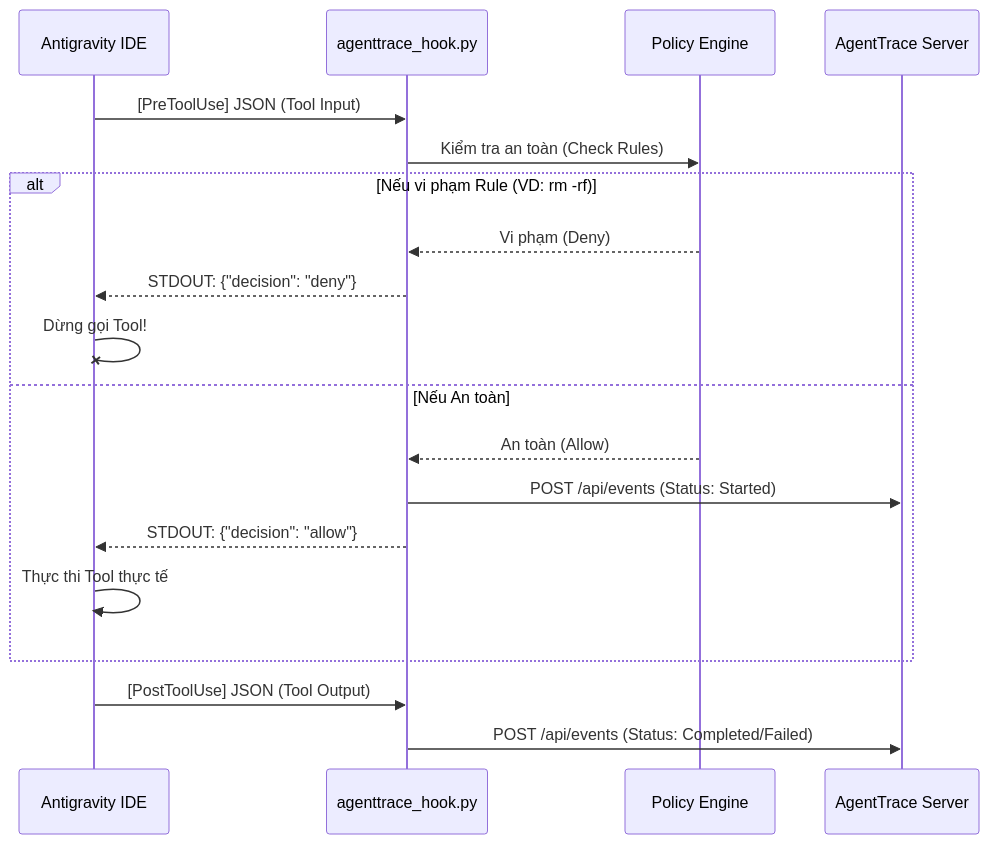
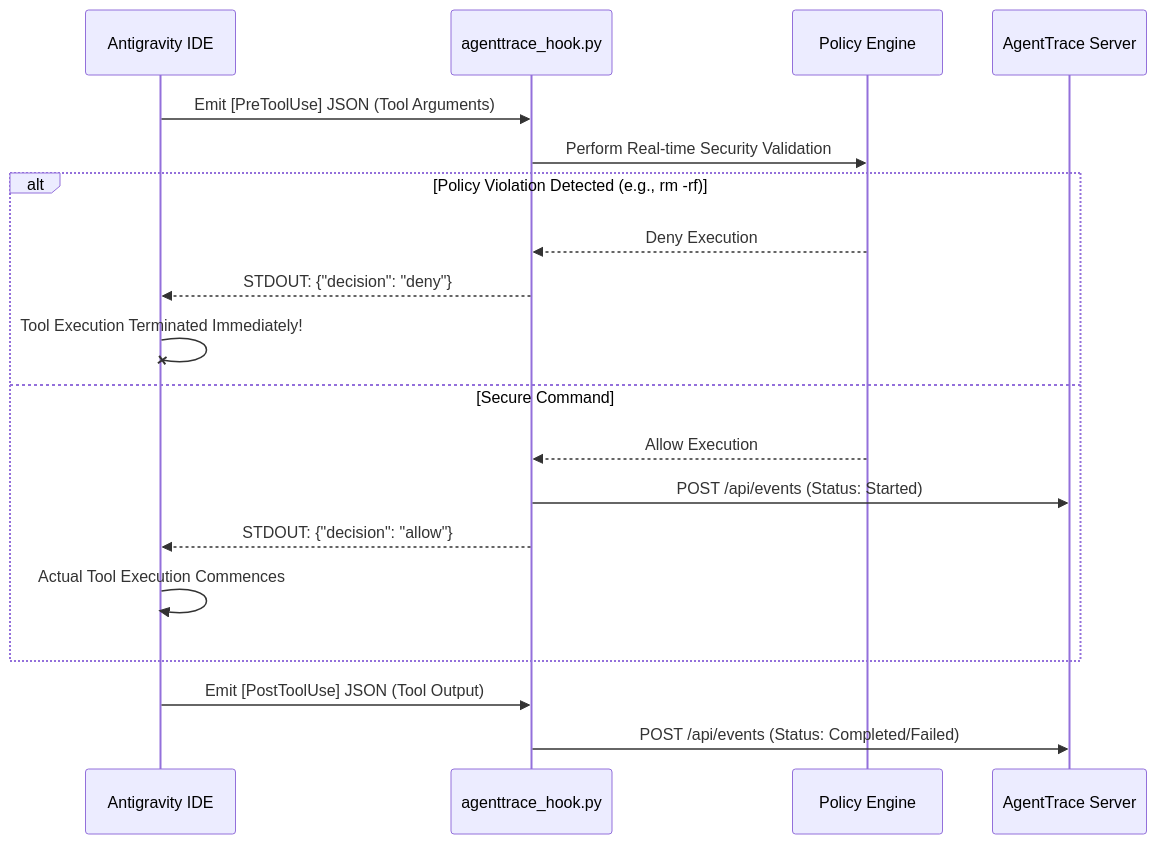
One commit to hikarixx/agenttrace changed the diagram in docs/05-ide-integration.md. Above: the diagram before and after it, drawn with Mermaid. The commit also changed other lines of this file and 41 other files, not shown here.

````diff
--- a/docs/05-ide-integration.md
+++ b/docs/05-ide-integration.md
@@ -13,24 +13,24 @@
 ```mermaid
 sequenceDiagram
     participant IDE as Antigravity IDE
     participant Hook as agenttrace_hook.py
     participant Policy as Policy Engine
     participant Server as AgentTrace Server
     
-    IDE->>Hook: [PreToolUse] JSON (Tool Input)
-    Hook->>Policy: Kiểm tra an toàn (Check Rules)
+    IDE->>Hook: Emit [PreToolUse] JSON (Tool Arguments)
+    Hook->>Policy: Perform Real-time Security Validation
     
-    alt Nếu vi phạm Rule (VD: rm -rf)
-        Policy-->>Hook: Vi phạm (Deny)
+    alt Policy Violation Detected (e.g., rm -rf)
+        Policy-->>Hook: Deny Execution
         Hook-->>IDE: STDOUT: {"decision": "deny"}
-        IDE-XIDE: Dừng gọi Tool!
-    else Nếu An toàn
-        Policy-->>Hook: An toàn (Allow)
+        IDE-XIDE: Tool Execution Terminated Immediately!
+    else Secure Command
+        Policy-->>Hook: Allow Execution
         Hook->>Server: POST /api/events (Status: Started)
         Hook-->>IDE: STDOUT: {"decision": "allow"}
-        IDE->>IDE: Thực thi Tool thực tế
+        IDE->>IDE: Actual Tool Execution Commences
     end
     
-    IDE->>Hook: [PostToolUse] JSON (Tool Output)
+    IDE->>Hook: Emit [PostToolUse] JSON (Tool Output)
     Hook->>Server: POST /api/events (Status: Completed/Failed)
 ```
````
